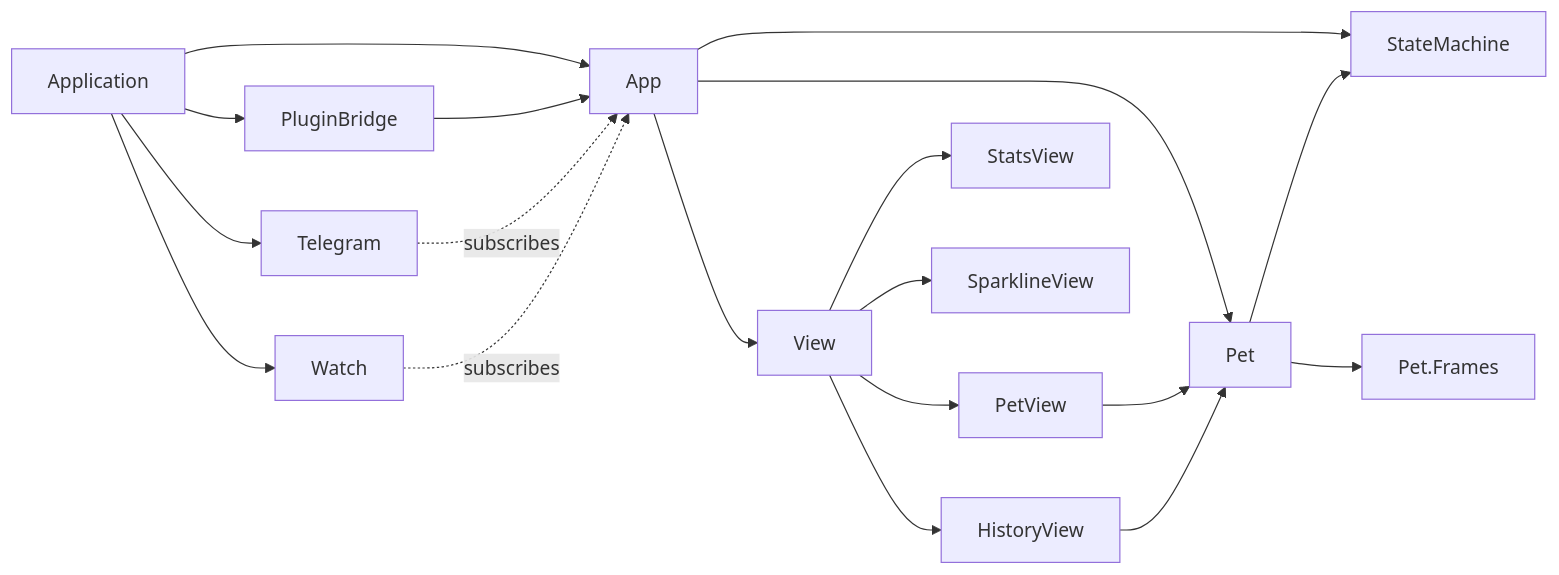
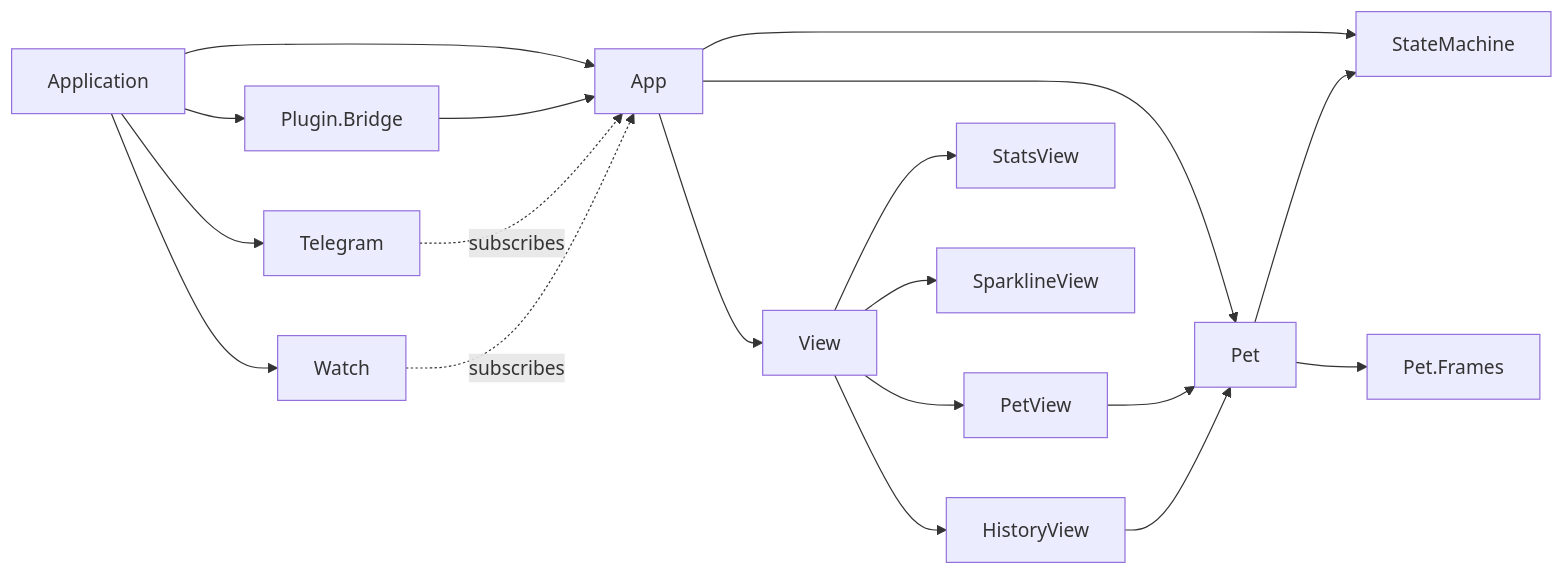
One commit to DROOdotFOO/raxol_monkwatcher changed the second of 5 diagrams in docs/architecture.md. Above: the diagram before and after it, drawn with Mermaid. The commit also changed other lines of this file and 8 other files, not shown here.

````diff
--- a/docs/architecture.md
+++ b/docs/architecture.md
@@ -67,21 +77,21 @@
 ```mermaid
 graph LR
   Application --> App
-  Application --> PluginBridge
+  Application --> PluginBridge[Plugin.Bridge]
   Application --> Telegram
   Application --> Watch
   PluginBridge --> App
   App --> StateMachine
   App --> Pet
   App --> View
   View --> PetView
   View --> HistoryView
   View --> StatsView
   View --> SparklineView
   PetView --> Pet
   HistoryView --> Pet
   Pet --> PetFrames[Pet.Frames]
   Pet --> StateMachine
   Telegram -.subscribes.-> App
   Watch -.subscribes.-> App
 ```
````
